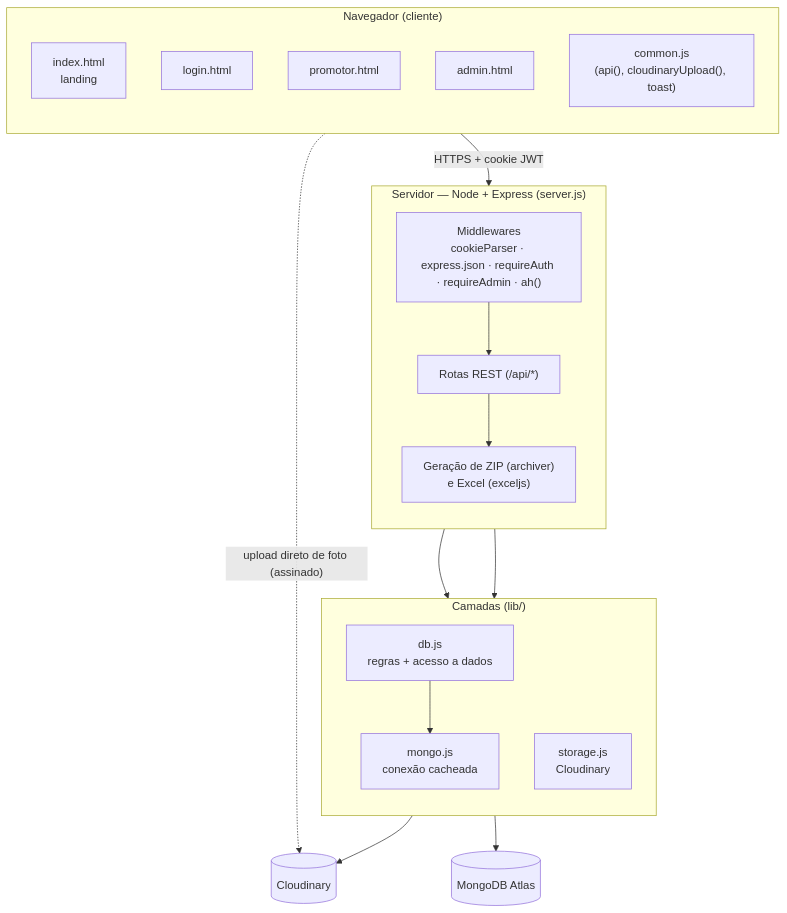
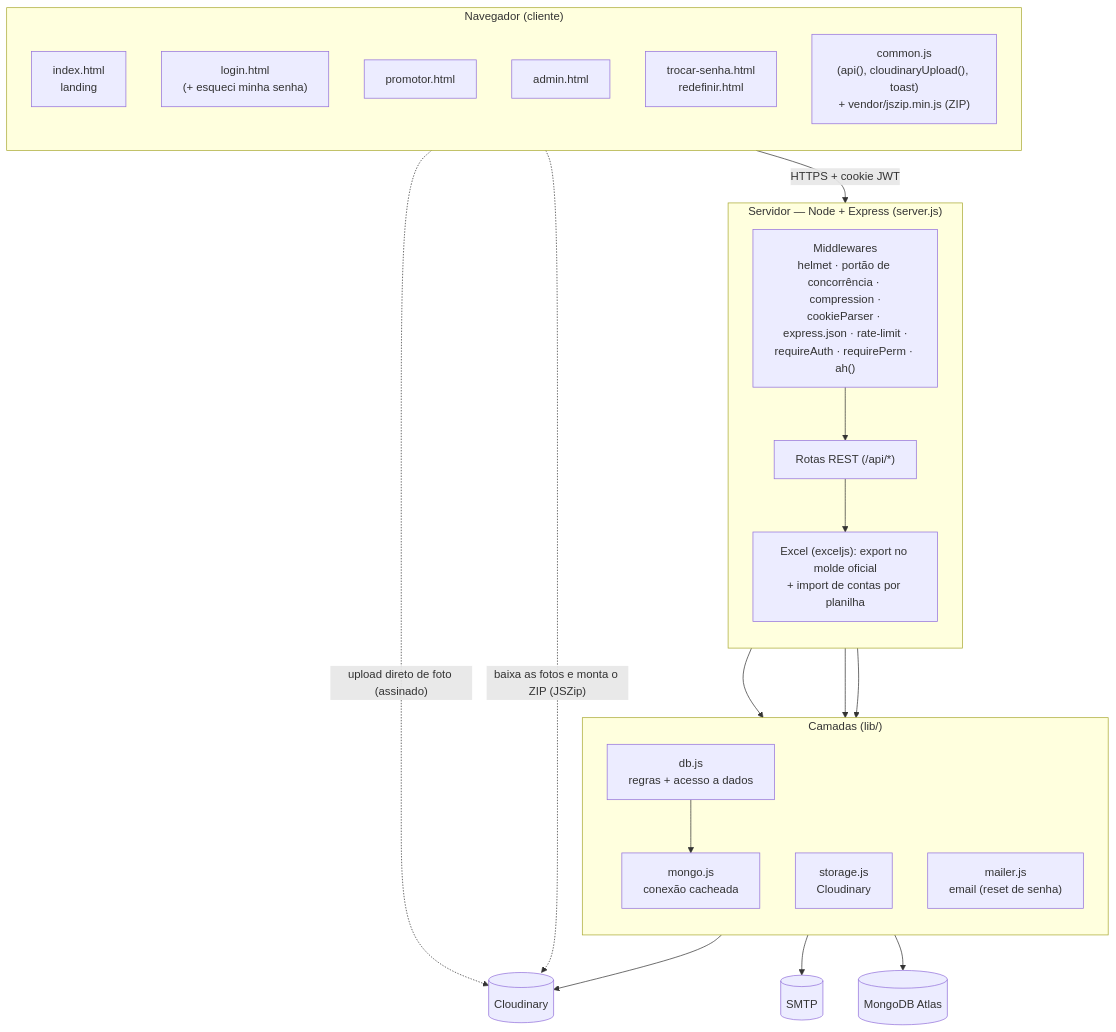
The first of 2 diagrams in docs/01-arquitetura.md (Vaniteux2006/pdv_memphis), drawn with Mermaid before and after one commit. The commit also changed other lines of this file and 10 other files, not shown here.

````diff
--- a/docs/01-arquitetura.md
+++ b/docs/01-arquitetura.md
@@ -5,36 +5,41 @@
 ```mermaid
 flowchart TB
   subgraph Browser["Navegador (cliente)"]
     direction TB
     LP["index.html<br/>landing"]
-    LG["login.html"]
+    LG["login.html<br/>(+ esqueci minha senha)"]
     PR["promotor.html"]
     AD["admin.html"]
-    CM["common.js<br/>(api(), cloudinaryUpload(), toast)"]
+    TS["trocar-senha.html<br/>redefinir.html"]
+    CM["common.js<br/>(api(), cloudinaryUpload(), toast)<br/>+ vendor/jszip.min.js (ZIP)"]
   end
 
   subgraph Server["Servidor — Node + Express (server.js)"]
     direction TB
-    MW["Middlewares<br/>cookieParser · express.json · requireAuth · requireAdmin · ah()"]
+    MW["Middlewares<br/>helmet · portão de concorrência · compression ·<br/>cookieParser · express.json · rate-limit ·<br/>requireAuth · requirePerm · ah()"]
     RT["Rotas REST (/api/*)"]
-    EX["Geração de ZIP (archiver)<br/>e Excel (exceljs)"]
+    EX["Excel (exceljs): export no molde oficial<br/>+ import de contas por planilha"]
   end
 
   subgraph Lib["Camadas (lib/)"]
     direction TB
     DBL["db.js<br/>regras + acesso a dados"]
     MGL["mongo.js<br/>conexão cacheada"]
     STL["storage.js<br/>Cloudinary"]
+    MAL["mailer.js<br/>email (reset de senha)"]
   end
 
   MO[("MongoDB Atlas")]
   CL[("Cloudinary")]
+  SMTP[("SMTP")]
 
   Browser -->|"HTTPS + cookie JWT"| MW --> RT
   RT --> DBL
   RT --> STL
   RT --> EX
+  RT --> MAL --> SMTP
   DBL --> MGL --> MO
   STL --> CL
   Browser -. "upload direto de foto (assinado)" .-> CL
+  Browser -. "baixa as fotos e monta o ZIP (JSZip)" .-> CL
 ```
````
